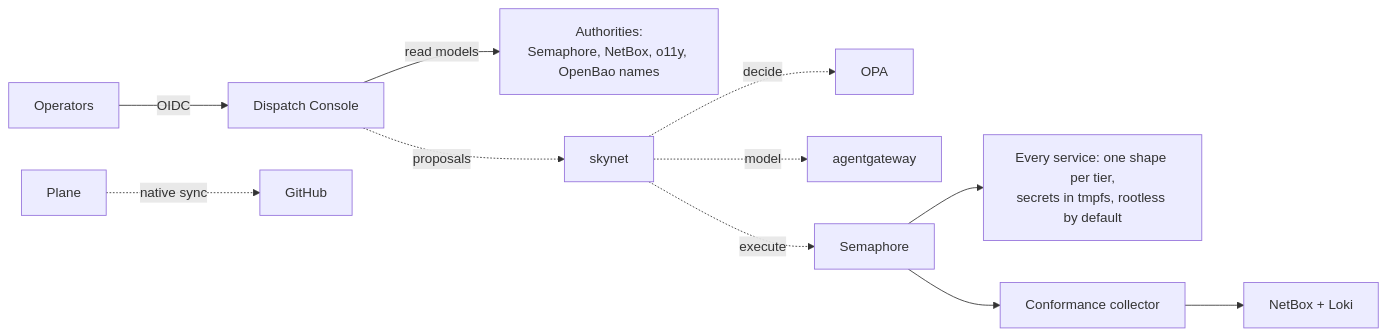
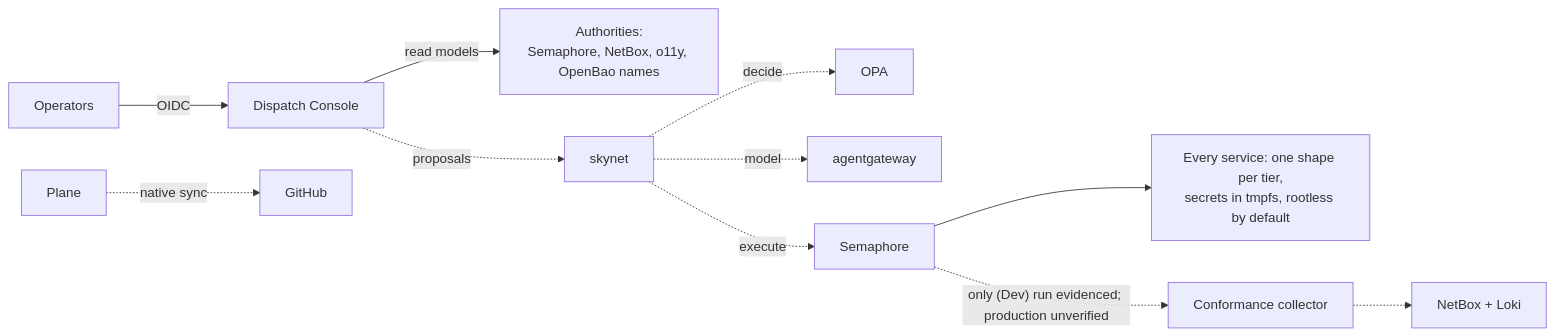
One commit to uhstray-io/agent-cloud changed the tenth of 10 diagrams in plan/architecture/service-architecture.md. Above: the diagram before and after it, drawn with Mermaid. The commit also changed other lines of this file, not shown here.

Commit message:
docs: correct service architecture status map

````diff
--- a/plan/architecture/service-architecture.md
+++ b/plan/architecture/service-architecture.md
@@ -562,12 +576,13 @@
 ```mermaid
 flowchart LR
     H["Operators"] -->|"OIDC"| CON["Dispatch Console"]
     CON -->|"read models"| AUTH["Authorities:<br/>Semaphore, NetBox, o11y, OpenBao names"]
     CON -.->|"proposals"| SKY["skynet"]
     SKY -.->|"decide"| OPA["OPA"]
     SKY -.->|"model"| AGW["agentgateway"]
     SKY -.->|"execute"| SEM["Semaphore"]
     SEM --> SVC["Every service: one shape per tier,<br/>secrets in tmpfs, rootless by default"]
     PLANE["Plane"] -.->|"native sync"| GH["GitHub"]
-    SEM --> COL["Conformance collector"] --> NB["NetBox + Loki"]
+    SEM -.->|"only (Dev) run evidenced; production unverified"| COL["Conformance collector"]
+    COL -.-> NB["NetBox + Loki"]
 ```
````
